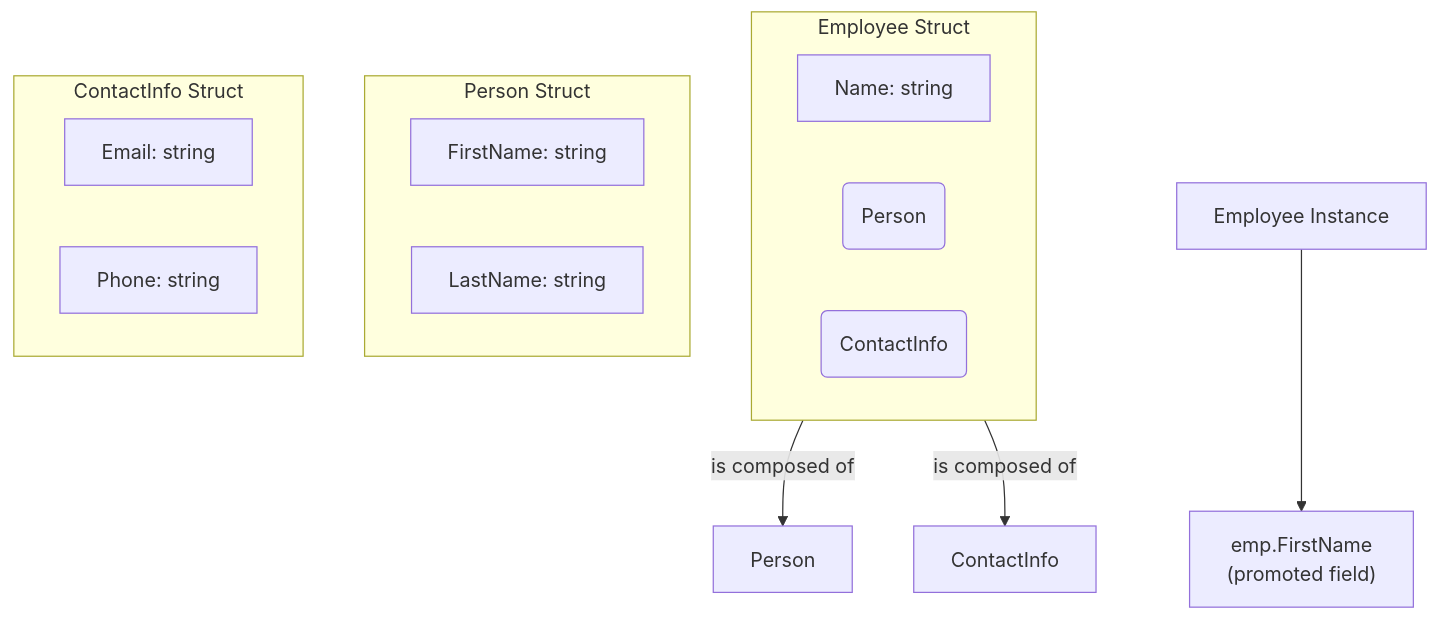
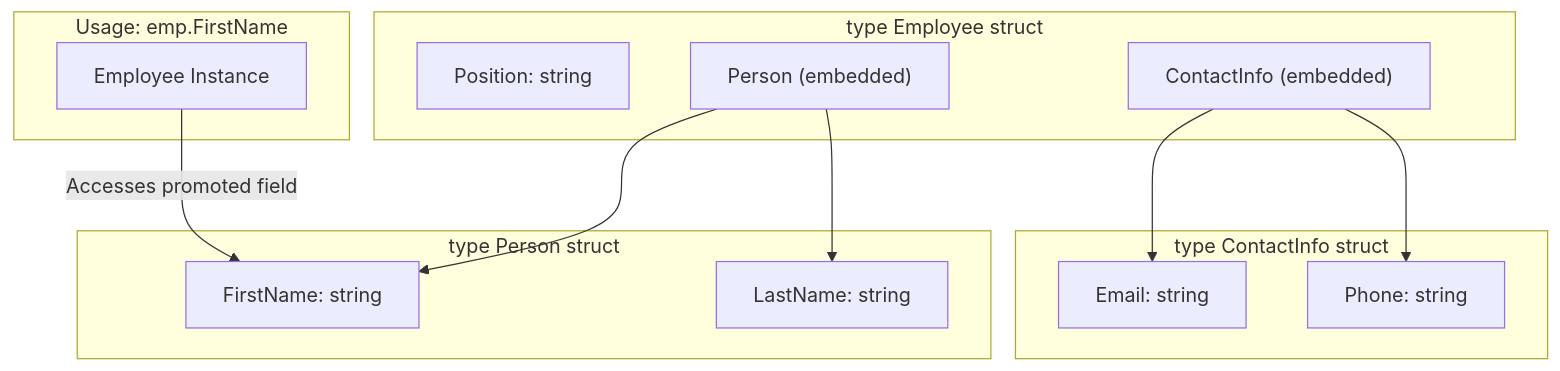
One commit to saturngod/go_lang_mm_book changed the third of 3 diagrams in chapter_06.md. Above: the diagram before and after it, drawn with Mermaid. The commit also changed other lines of this file and 1 other file, not shown here.

Commit message:
first book

````diff
--- a/chapter_06.md
+++ b/chapter_06.md
@@ -97,25 +129,25 @@
 ```mermaid
 graph TD
-    subgraph Employee Struct
-        direction LR
-        A[Name: string]
-        B(Person)
-        C(ContactInfo)
+    subgraph "type Employee struct"
+        Name["Position: string"]
+        Person["Person (embedded)"]
+        Contact["ContactInfo (embedded)"]
     end
 
-    subgraph Person Struct
-        P1[FirstName: string]
-        P2[LastName: string]
+    subgraph "type Person struct"
+        FirstName["FirstName: string"]
+        LastName["LastName: string"]
+    end
+    
+    subgraph "type ContactInfo struct"
+        Email["Email: string"]
+        Phone["Phone: string"]
     end
 
-    subgraph ContactInfo Struct
-        C1[Email: string]
-        C2[Phone: string]
+    Person --> FirstName & LastName
+    Contact --> Email & Phone
+
+    subgraph "Usage: emp.FirstName"
+        emp[Employee Instance] -->|Accesses promoted field| FirstName
     end
-
-    B -- "is composed of" --> Person
-    C -- "is composed of" --> ContactInfo
-
-    Note["emp.FirstName<br/>(promoted field)"]
-    emp[Employee Instance] --> Note
 ```
````
